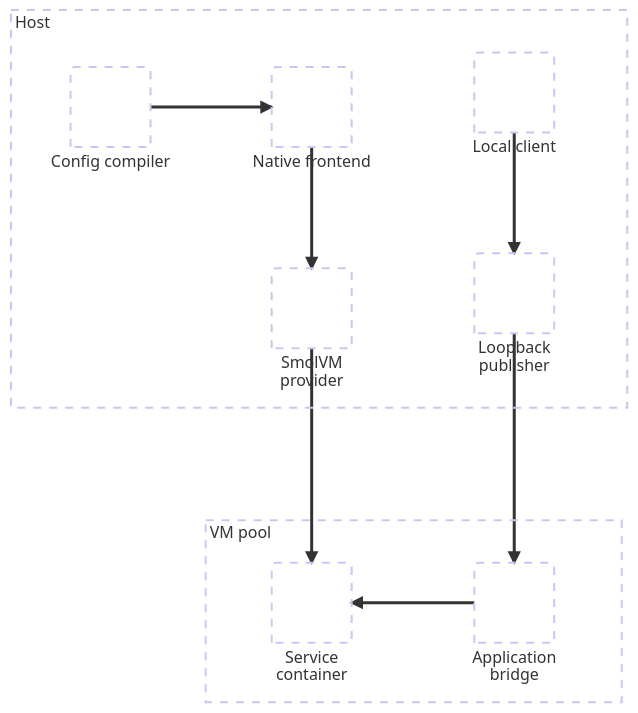
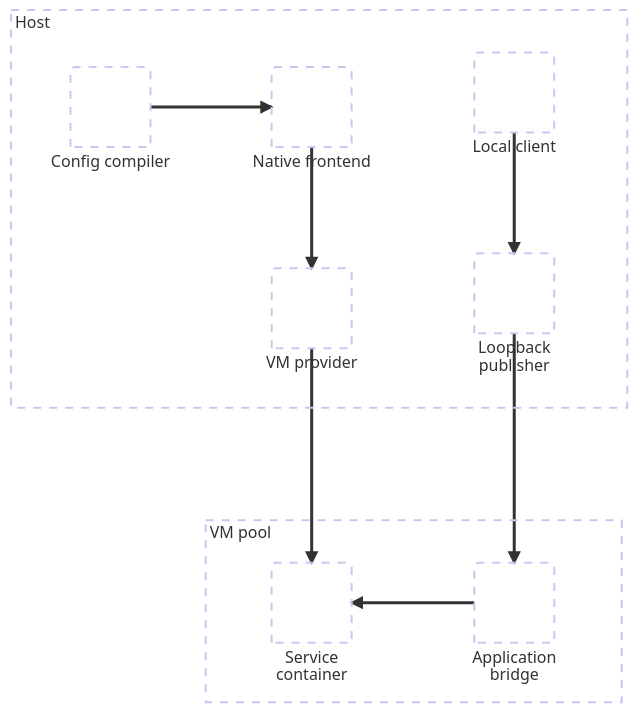
Before and after one commit to hack-dance/hack: the first of 2 diagrams in docs/native/README.md, drawn with Mermaid. The commit also changed other lines of this file and 1 other file, not shown here.

First line of the commit message:
docs(native): label the VM provider neutrally in the overview diagrams

````diff
--- a/docs/native/README.md
+++ b/docs/native/README.md
@@ -47,25 +47,25 @@
 ```mermaid
 ---
 title: Native control and traffic
 ---
 architecture-beta
   group host[Host]
   service frontend[Native frontend] in host
   service compiler[Config compiler] in host
-  service provider[SmolVM provider] in host
+  service provider[VM provider] in host
   service client[Local client] in host
   service publisher[Loopback publisher] in host
   group pool[VM pool]
   service workload[Service container] in pool
   service bridge[Application bridge] in pool
   compiler:R --> L:frontend
   frontend:B --> T:provider
   provider:B --> T:workload
   client:B --> T:publisher
   publisher:B --> T:bridge
   bridge:L --> R:workload
   align row compiler frontend
   align column frontend provider workload
   align column client publisher bridge
   align row workload bridge
 ```
````
